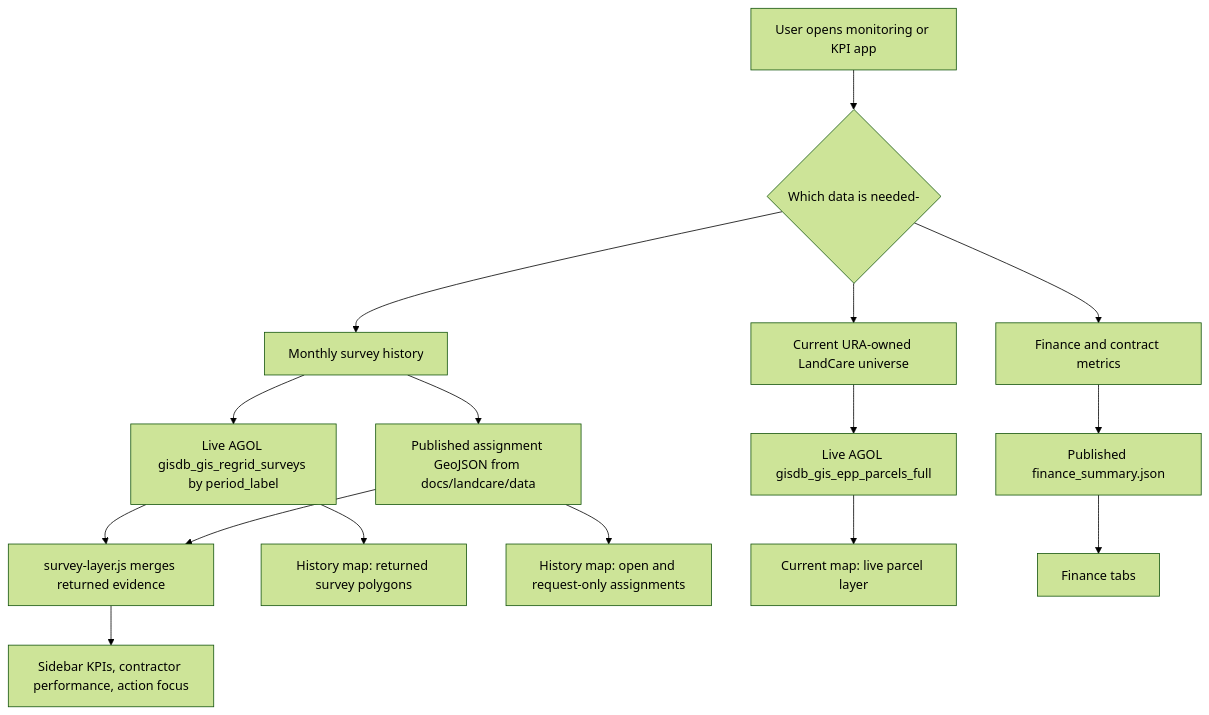
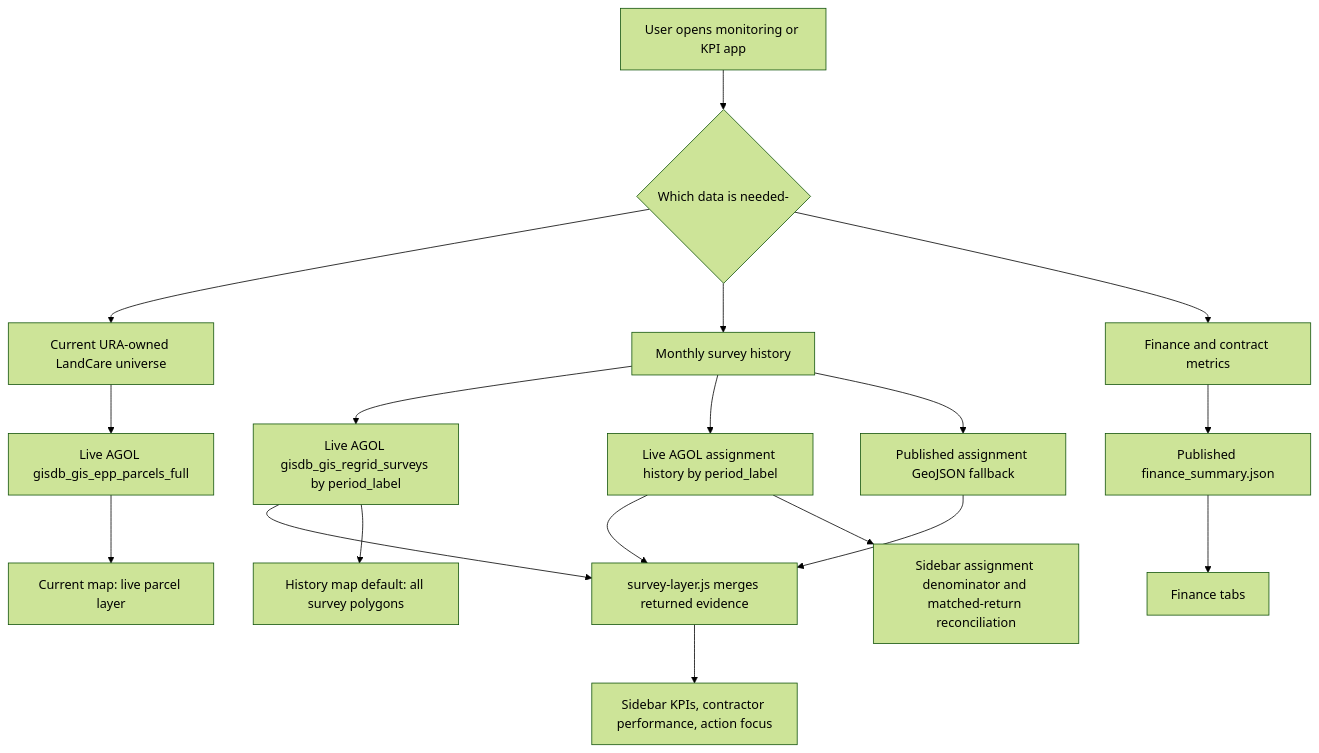
One commit to rutomo-ura/land-care-assurance changed the second of 4 diagrams in docs/landcare-data-engineering-flow.md. Above: the diagram before and after it, drawn with Mermaid (forest theme). The commit also changed other lines of this file and 12 other files, not shown here.

Commit message:
Use live ArcGIS assignment and survey coverage

````diff
--- a/docs/landcare-data-engineering-flow.md
+++ b/docs/landcare-data-engineering-flow.md
@@ -60,21 +72,23 @@
 ```mermaid
 flowchart TD
     A["User opens monitoring or KPI app"] --> B{"Which data is needed-"}
 
     B --> C["Current URA-owned LandCare universe"]
     B --> D["Monthly survey history"]
     B --> E["Finance and contract metrics"]
 
     C --> F["Live AGOL gisdb_gis_epp_parcels_full"]
     D --> G["Live AGOL gisdb_gis_regrid_surveys by period_label"]
-    D --> H["Published assignment GeoJSON from docs/landcare/data"]
+    D --> H["Live AGOL assignment history by period_label"]
+    D --> H2["Published assignment GeoJSON fallback"]
     E --> I["Published finance_summary.json"]
 
     G --> J["survey-layer.js merges returned evidence"]
     H --> J
+    H2 --> J
     J --> K["Sidebar KPIs, contractor performance, action focus"]
-    G --> L["History map: returned survey polygons"]
-    H --> M["History map: open and request-only assignments"]
+    G --> L["History map default: all survey polygons"]
+    H --> M["Sidebar assignment denominator and matched-return reconciliation"]
     F --> N["Current map: live parcel layer"]
     I --> O["Finance tabs"]
 ```
````
